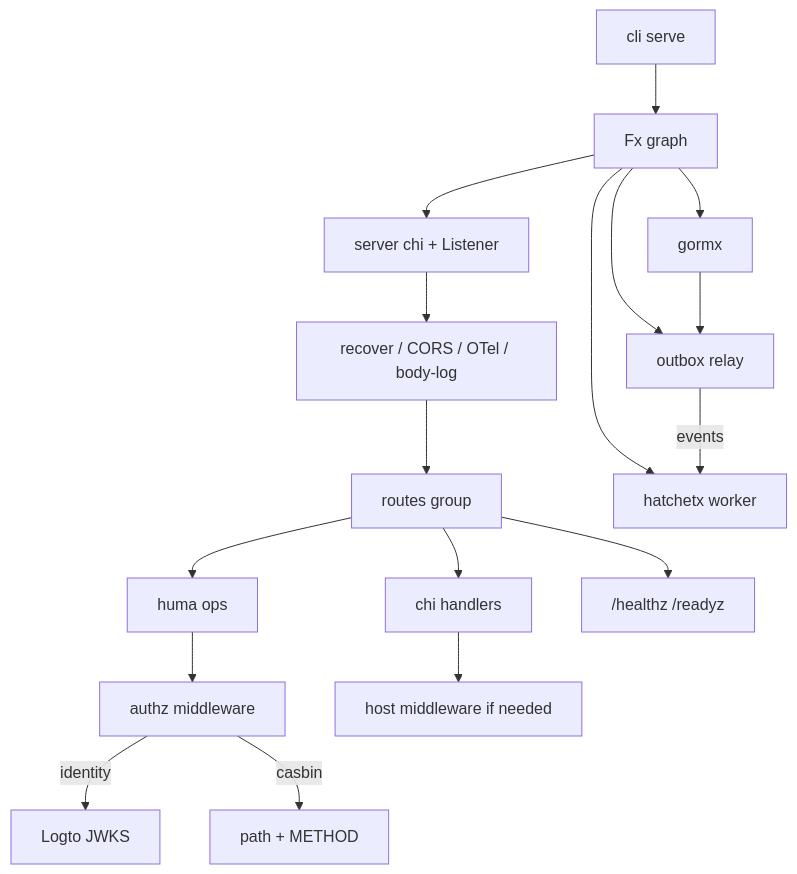
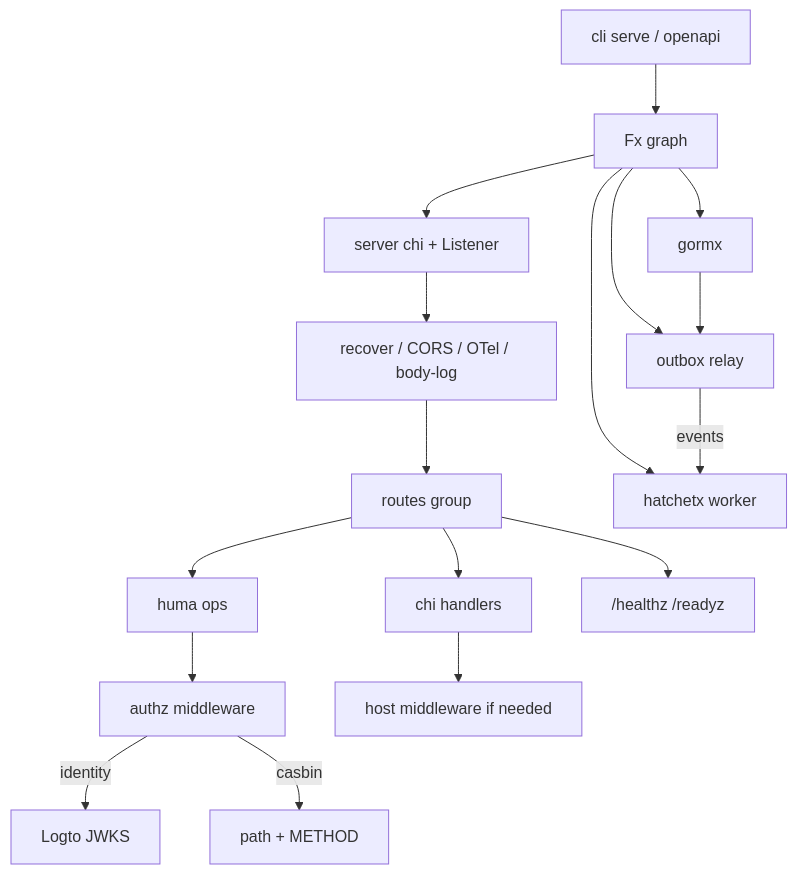
Before and after one commit to fitan/fxkit: the diagram in README.md, drawn with Mermaid. The commit also changed other lines of this file and 88 other files, not shown here.

````diff
--- a/README.md
+++ b/README.md
@@ -837,19 +885,19 @@
 ```mermaid
 flowchart TB
-  CLI[cli serve] --> FX[Fx graph]
+  CLI[cli serve / openapi] --> FX[Fx graph]
   FX --> HTTP[server chi + Listener]
   HTTP --> MW[recover / CORS / OTel / body-log]
   MW --> Routes[routes group]
   Routes --> Huma[huma ops]
   Routes --> Chi[chi handlers]
   Routes --> Health["/healthz /readyz"]
   Huma --> Authz[authz middleware]
   Authz -->|identity| JWT[Logto JWKS]
   Authz -->|casbin| Enforce[path + METHOD]
   Chi --> HostAuth[host middleware if needed]
   FX --> GORM[gormx]
   FX --> OB[outbox relay]
   FX --> HT[hatchetx worker]
   OB -->|events| HT
   GORM --> OB
 ```
````
